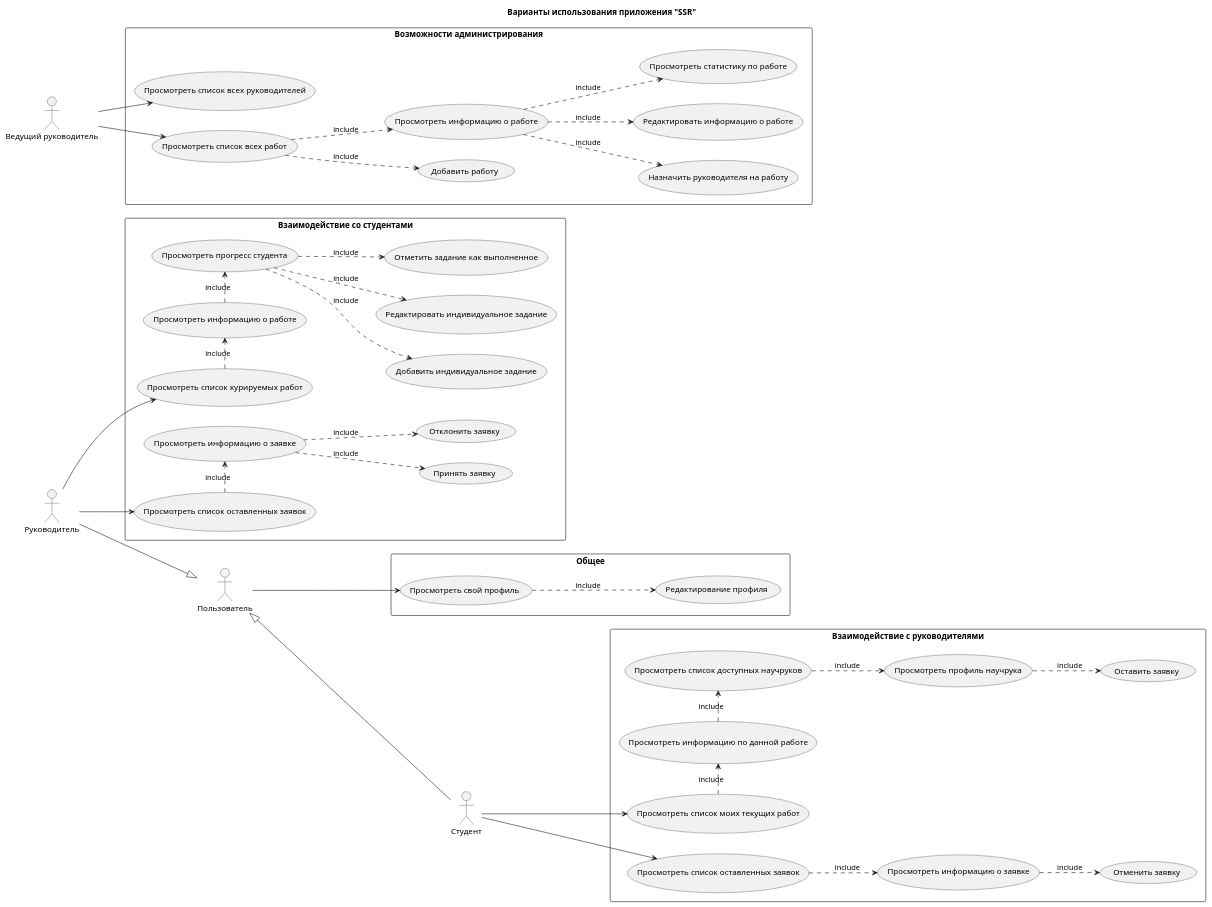
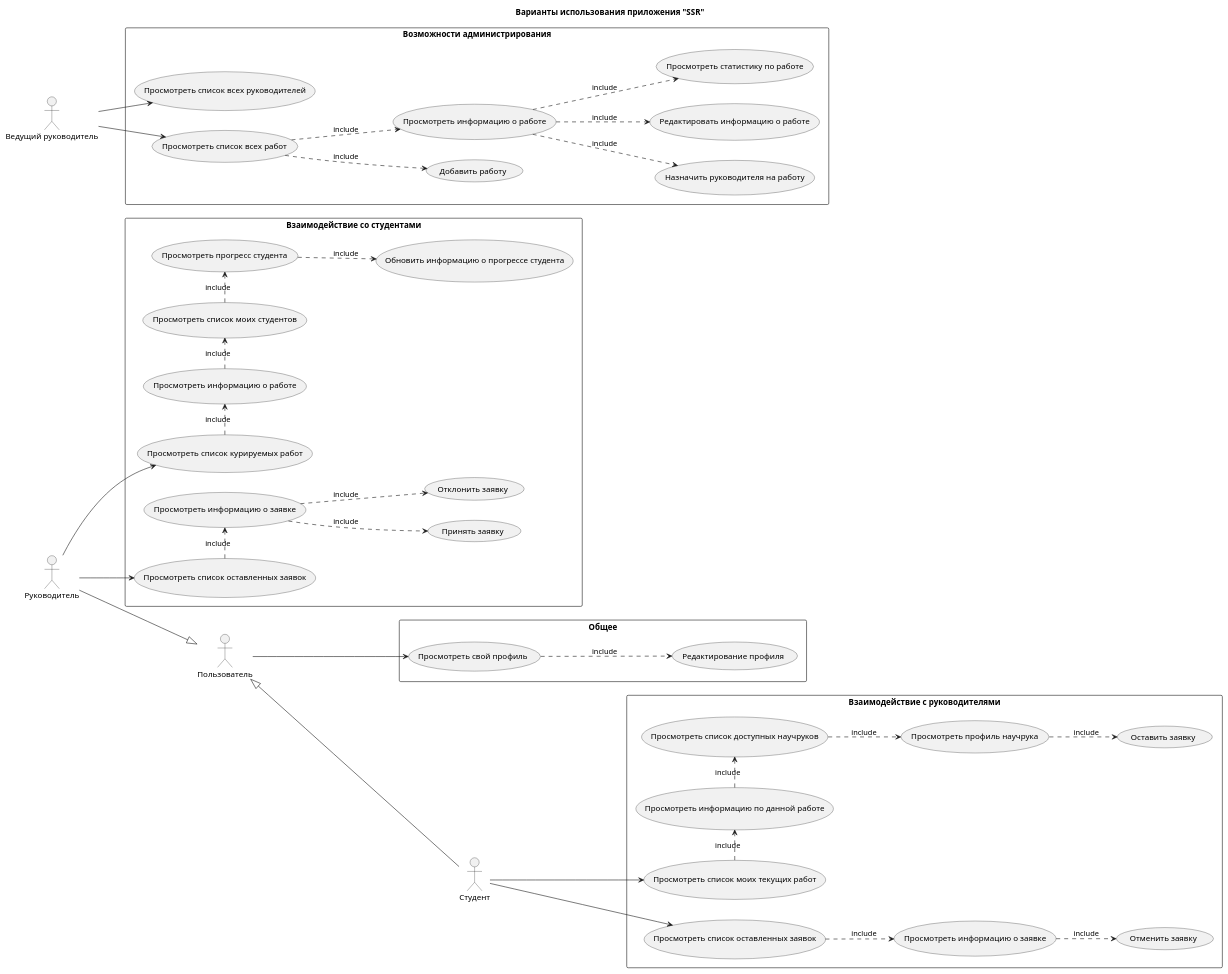
One commit to ivaaahn/SSR changed the diagram in docs/usecase.puml. Above: the diagram before and after it, drawn with PlantUML. The commit also changed 3 other files, not shown here.

```diff
--- a/docs/usecase.puml
+++ b/docs/usecase.puml
@@ -1,97 +1,95 @@
 @startuml SSR
 
 title Варианты использования приложения "SSR"
 
 left to right direction
 
 actor :Пользователь: as User
 actor :Руководитель: as SV
 actor :Студент: as ST
 actor :Ведущий руководитель: as Admin
 
 User <|-up- SV
 User <|-down- ST
 
 rectangle "Общее" {
     usecase "Просмотреть свой профиль" as Profile
     usecase "Редактирование профиля" as EditProfile
 }
 
 rectangle "Взаимодействие со студентами" {
     usecase "Просмотреть список курируемых работ" as SVWorksList
     usecase "Просмотреть информацию о работе" as SVWorkInfo
-    usecase "Добавить индивидуальное задание" as CreateTask
-    usecase "Редактировать индивидуальное задание" as EditTask
-    usecase "Отметить задание как выполненное" as DoneTask
+    usecase "Просмотреть список моих студентов" as SVWorkStudentsList
+    usecase "Обновить информацию о прогрессе студента" as UpdateProgress
     usecase "Просмотреть прогреcc студента" as CheckProgress
     usecase "Просмотреть список оставленных заявок" as ApplicationsListSV
     usecase "Просмотреть информацию о заявке" as CheckApplicationSV
     usecase "Принять заявку" as ApplyApplictaionSV
     usecase "Отклонить заявку" as DeclineApplicationSV
 }
 
 rectangle "Взаимодействие с руководителями" {
     usecase "Оставить заявку" as ConnectToSV
     usecase "Просмотреть список доступных научруков" as SVList
     usecase "Просмотреть профиль научрука" as SVProfile
     usecase "Просмотреть список моих текущих работ" as STWorksList
     usecase "Просмотреть информацию по данной работе" as STWorkInfo
     usecase "Просмотреть список оставленных заявок" as ApplicationsListST
     usecase "Просмотреть информацию о заявке" as CheckApplicationST
     usecase "Отменить заявку" as CancelApplicationST
 }
 
 
 rectangle "Возможности администрирования" {
     usecase "Добавить работу" as CreateWork
     usecase "Назначить руководителя на работу" as AddSVToWork
     usecase "Просмотреть список всех руководителей" as AllSVList
     usecase "Просмотреть список всех работ" as AllWorksList
     usecase "Просмотреть информацию о работе" as CheckWorkInfo
     usecase "Редактировать информацию о работе" as EditWorkInfo
     usecase "Просмотреть статистику по работе" as CheckWorkStat
 }
 
 
 Admin --> AllSVList
 
 Admin --> AllWorksList
 AllWorksList ..> CreateWork : include
 AllWorksList ..> CheckWorkInfo : include
 CheckWorkInfo ..> EditWorkInfo : include
 CheckWorkInfo ..> CheckWorkStat : include
 CheckWorkInfo ..> AddSVToWork : include
 
 
 
 User --> Profile
 
 Profile ..> EditProfile : include
 
 SVList ..> SVProfile : include
 SVProfile ..> ConnectToSV : include
 
 
 SV -> SVWorksList
 SVWorksList .> SVWorkInfo : include
-SVWorkInfo .> CheckProgress : include
-CheckProgress ..> CreateTask: include
-CheckProgress ..> DoneTask : include
-CheckProgress ..> EditTask : include
+SVWorkInfo .> SVWorkStudentsList : include
+SVWorkStudentsList .> CheckProgress : include
+CheckProgress ..> UpdateProgress: include
 
 SV --> ApplicationsListSV
 ApplicationsListSV .> CheckApplicationSV : include
 CheckApplicationSV ..> ApplyApplictaionSV : include
 CheckApplicationSV ..> DeclineApplicationSV : include
 
 ST --> STWorksList
 STWorksList .> STWorkInfo : include
 STWorkInfo .> SVList : include
 
 ST -> ApplicationsListST
 ApplicationsListST ..> CheckApplicationST : include
 CheckApplicationST ..> CancelApplicationST : include
 
 
 
 @enduml
```
